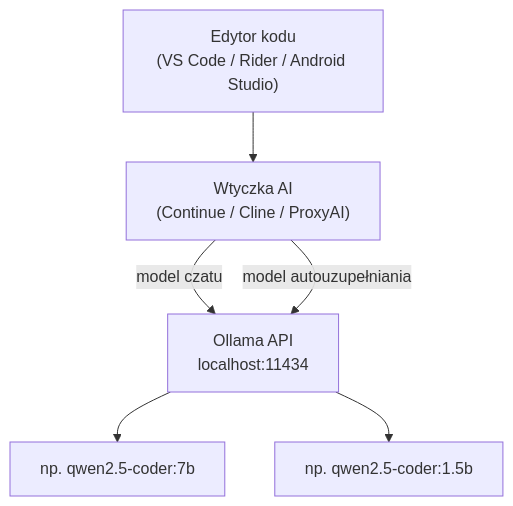
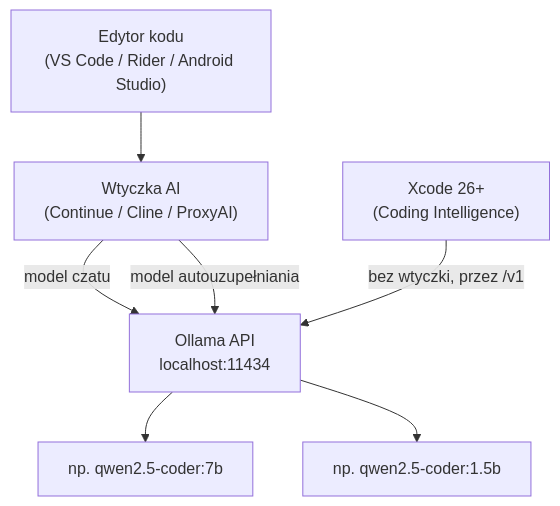
One commit to MarcinSNowak/abc-ai changed the fourth of 4 diagrams in 01-lokalni-agenci-ai-ollama/01-lokalni-agenci-ai-ollama.md. Above: the diagram before and after it, drawn with Mermaid. The commit also changed other lines of this file, not shown here.

First line of the commit message:
Konfiguracja Xcode: bez wtyczki, ale i bez kontroli nad oknem

````diff
--- a/01-lokalni-agenci-ai-ollama/01-lokalni-agenci-ai-ollama.md
+++ b/01-lokalni-agenci-ai-ollama/01-lokalni-agenci-ai-ollama.md
@@ -524,8 +525,9 @@
 ```mermaid
 flowchart TB
     Editor["Edytor kodu<br/>(VS Code / Rider / Android Studio)"] --> Plugin["Wtyczka AI<br/>(Continue / Cline / ProxyAI)"]
     Plugin -->|"model czatu"| API["Ollama API<br/>localhost:11434"]
     Plugin -->|"model autouzupełniania"| API
+    Xcode["Xcode 26+<br/>(Coding Intelligence)"] -->|"bez wtyczki, przez /v1"| API
     API --> ModelA["np. qwen2.5-coder:7b"]
     API --> ModelB["np. qwen2.5-coder:1.5b"]
 ```
````
